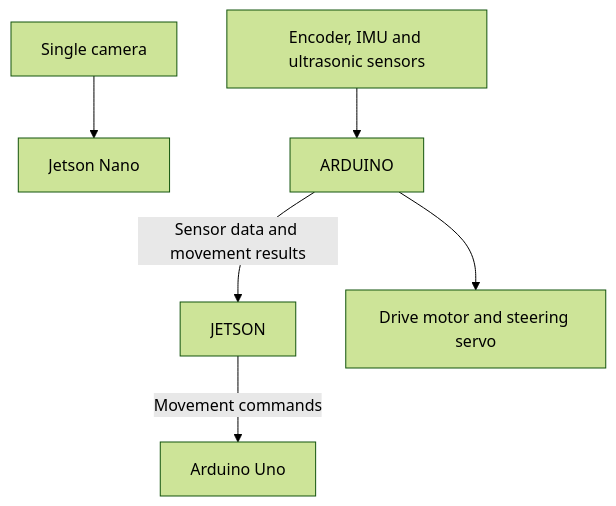
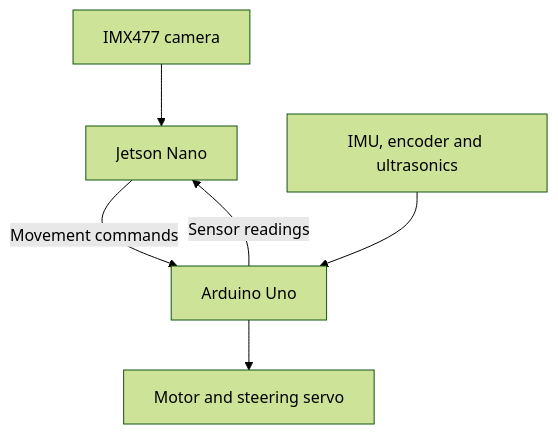
One commit to Abdulaziz-nasser/IRD-MAX changed the diagram in README.md. Above: the diagram before and after it, drawn with Mermaid (forest theme). The commit also changed other lines of this file and 22 other files, not shown here.

Commit message:
Add calibration tools and document Nano/Uno setup

````diff
--- a/README.md
+++ b/README.md
@@ -53,8 +58,8 @@
 ```mermaid
 flowchart TD
-    CAMERA\["Single camera"] --> JETSON\["Jetson Nano"]
-    JETSON -->|Movement commands| ARDUINO\["Arduino Uno"]
-    ARDUINO -->|Sensor data and movement results| JETSON
-    SENSORS\["Encoder, IMU and ultrasonic sensors"] --> ARDUINO
-    ARDUINO --> ACTUATORS\["Drive motor and steering servo"]
+    CAMERA["IMX477 camera"] --> JETSON["Jetson Nano"]
+    JETSON -->|Movement commands| UNO["Arduino Uno"]
+    UNO -->|Sensor readings| JETSON
+    SENSORS["IMU, encoder and ultrasonics"] --> UNO
+    UNO --> DRIVE["Motor and steering servo"]
 ```
````
